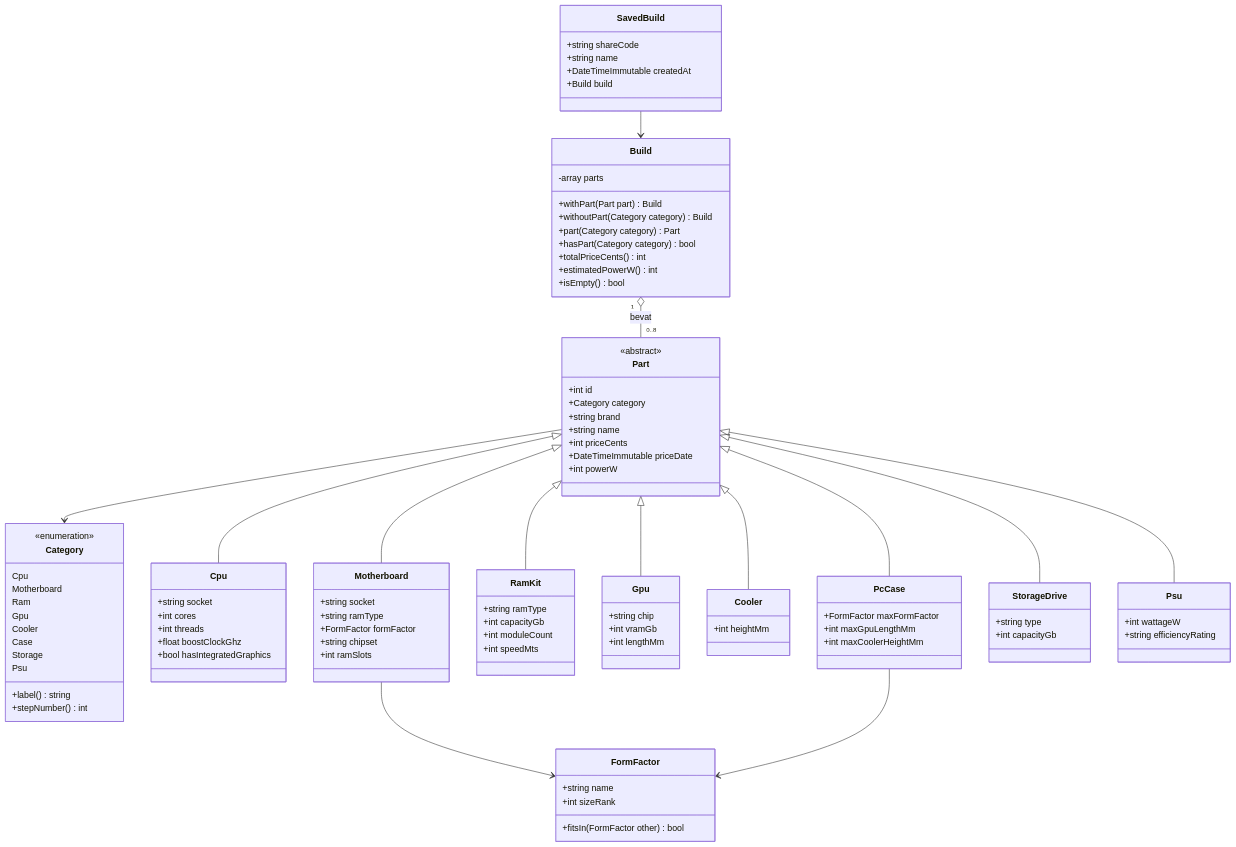
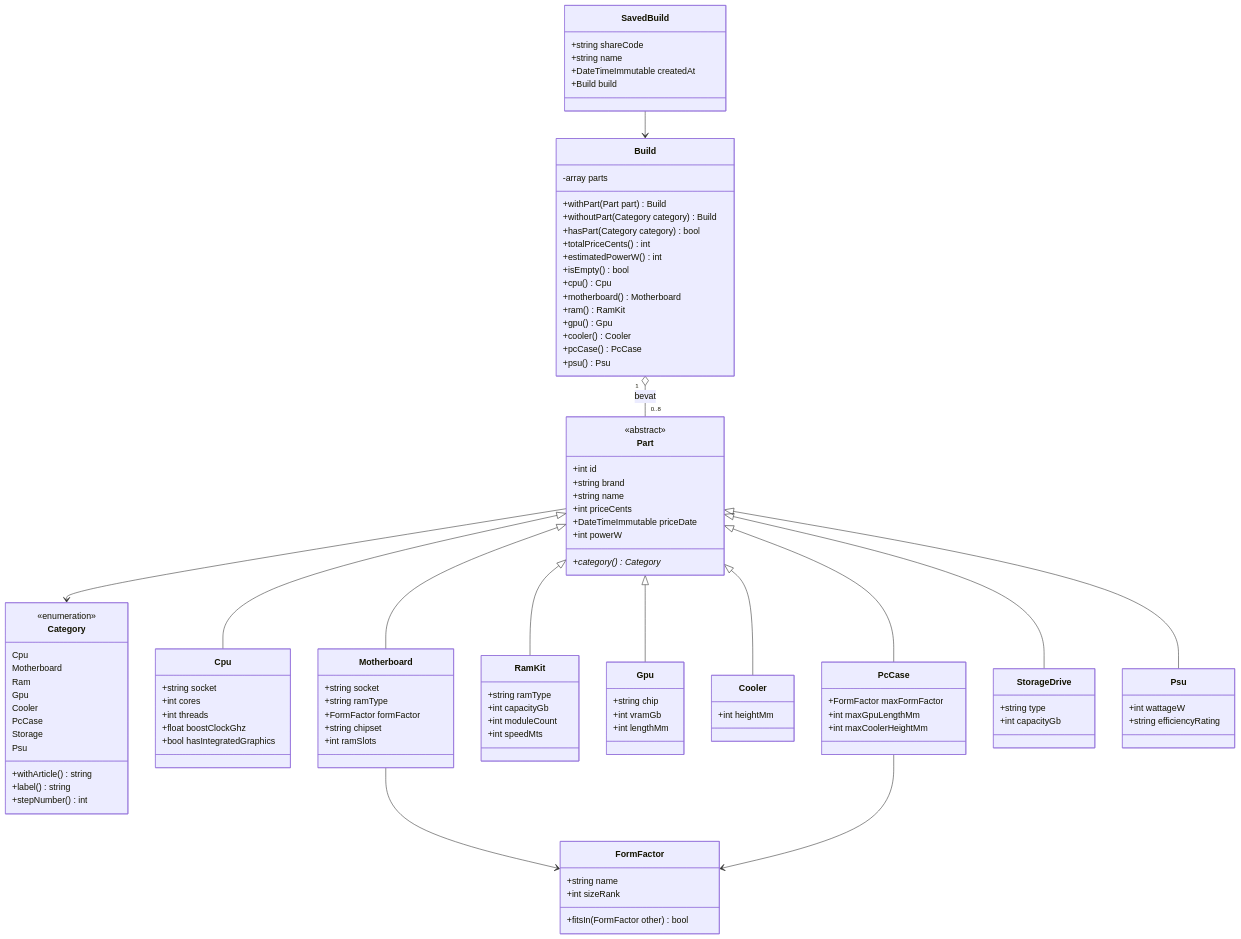
The fourth of 8 diagrams in docs/ontwerp.md (Niels023/pc-bouwplanner), drawn with Mermaid before and after one commit. The commit also changed other lines of this file and 2 other files, not shown here.

Commit message:
docs: klassendiagrammen bijgewerkt naar de gebouwde code

```diff
--- a/docs/ontwerp.md
+++ b/docs/ontwerp.md
@@ -213,21 +213,22 @@
         Ram
         Gpu
         Cooler
-        Case
+        PcCase
         Storage
         Psu
+        +withArticle() string
         +label() string
         +stepNumber() int
     }
     class Part {
         <<abstract>>
         +int id
-        +Category category
         +string brand
         +string name
         +int priceCents
         +DateTimeImmutable priceDate
         +int powerW
+        +category() Category*
     }
     class Cpu {
         +string socket
@@ -279,11 +280,17 @@
         -array parts
         +withPart(Part part) Build
         +withoutPart(Category category) Build
-        +part(Category category) Part
         +hasPart(Category category) bool
         +totalPriceCents() int
         +estimatedPowerW() int
         +isEmpty() bool
+        +cpu() Cpu
+        +motherboard() Motherboard
+        +ram() RamKit
+        +gpu() Gpu
+        +cooler() Cooler
+        +pcCase() PcCase
+        +psu() Psu
     }
     class SavedBuild {
         +string shareCode
```
